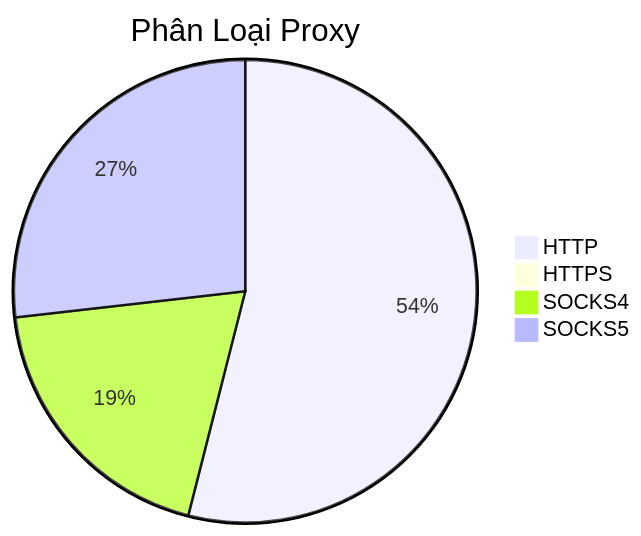
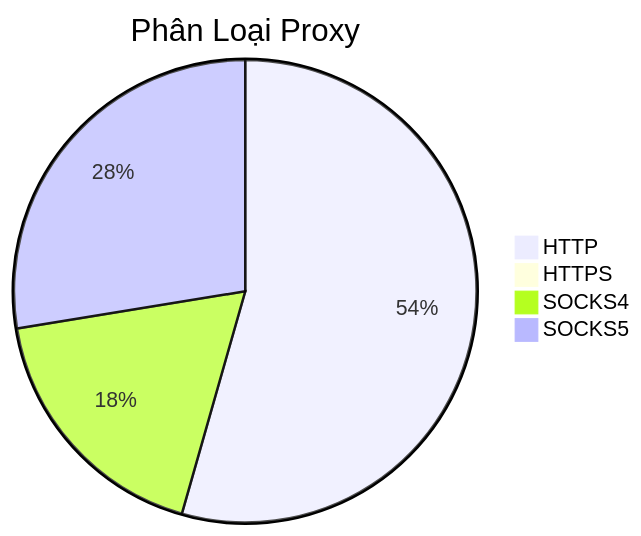
One commit to Ciara-12/PROXY-free changed the diagram in README.md. Above: the diagram before and after it, drawn with Mermaid. The commit also changed other lines of this file and 3 other files, not shown here.

````diff
--- a/README.md
+++ b/README.md
@@ -26,7 +26,7 @@
 ```mermaid
 pie title Phân Loại Proxy
-    "HTTP" : 620
+    "HTTP" : 659
     "HTTPS" : 0
-    "SOCKS4" : 221
-    "SOCKS5" : 308
+    "SOCKS4" : 218
+    "SOCKS5" : 334
 ```
````
